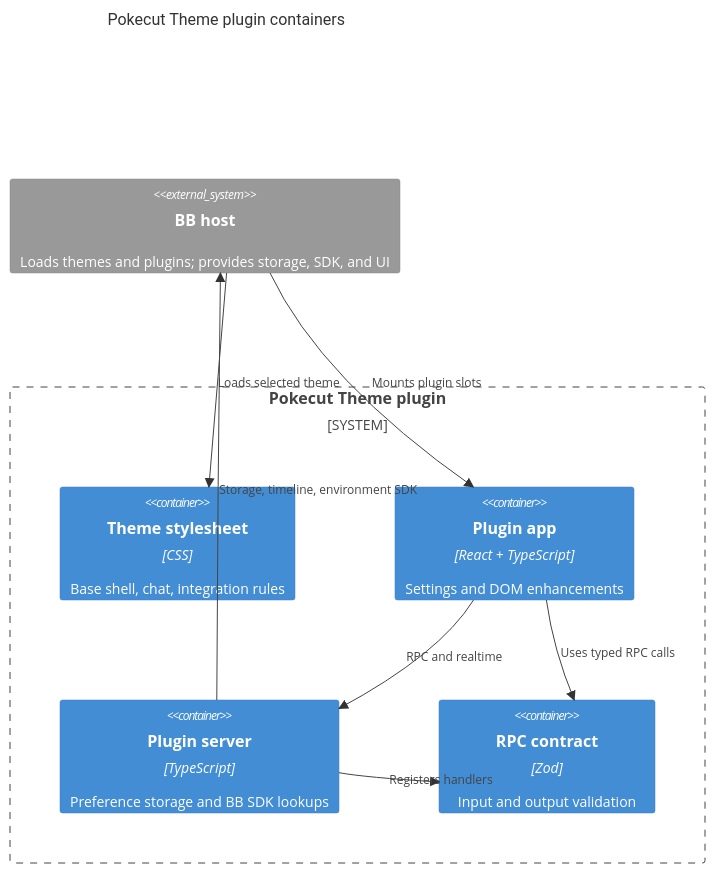
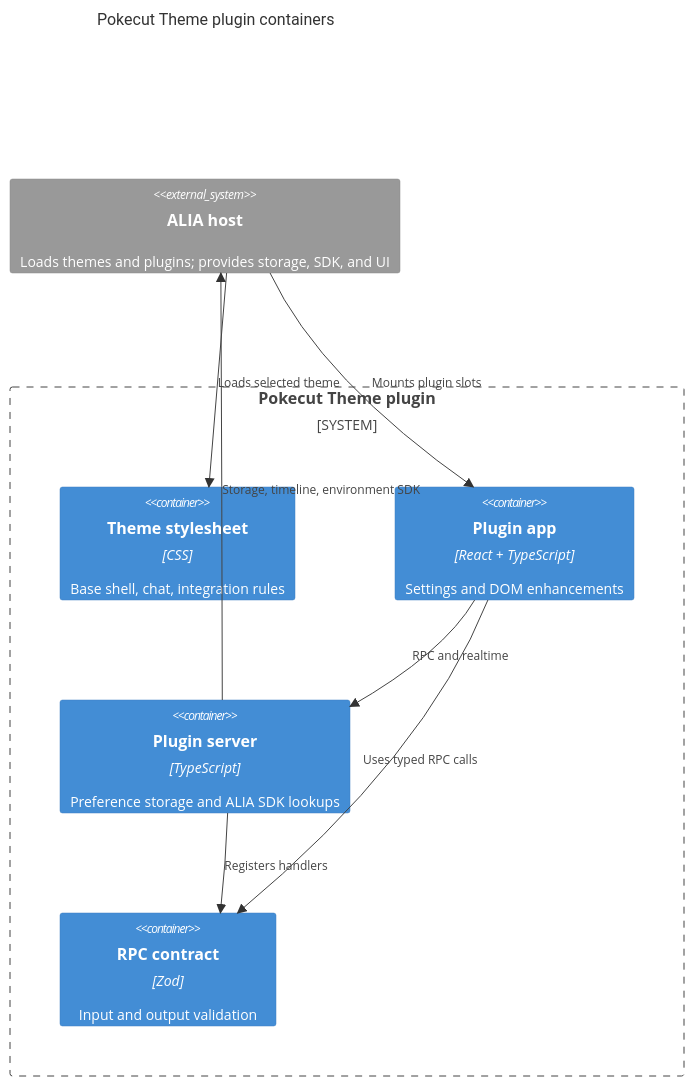
One commit to Vesnalia/vesnalia-plugins changed the diagram in plugins/pokecut-theme/docs/architecture.md. Above: the diagram before and after it, drawn with Mermaid. The commit also changed other lines of this file and 13306 other files, not shown here.

````diff
--- a/plugins/pokecut-theme/docs/architecture.md
+++ b/plugins/pokecut-theme/docs/architecture.md
@@ -35,17 +35,17 @@
 ```mermaid
 C4Container
     title Pokecut Theme plugin containers
     System_Boundary(plugin, "Pokecut Theme plugin") {
         Container(theme, "Theme stylesheet", "CSS", "Base shell, chat, integration rules")
         Container(app, "Plugin app", "React + TypeScript", "Settings and DOM enhancements")
-        Container(server, "Plugin server", "TypeScript", "Preference storage and BB SDK lookups")
+        Container(server, "Plugin server", "TypeScript", "Preference storage and ALIA SDK lookups")
         Container(contract, "RPC contract", "Zod", "Input and output validation")
     }
-    System_Ext(bb, "BB host", "Loads themes and plugins; provides storage, SDK, and UI")
-    Rel(bb, theme, "Loads selected theme")
-    Rel(bb, app, "Mounts plugin slots")
+    System_Ext(alia, "ALIA host", "Loads themes and plugins; provides storage, SDK, and UI")
+    Rel(alia, theme, "Loads selected theme")
+    Rel(alia, app, "Mounts plugin slots")
     Rel(app, contract, "Uses typed RPC calls")
     Rel(server, contract, "Registers handlers")
     Rel(app, server, "RPC and realtime")
-    Rel(server, bb, "Storage, timeline, environment SDK")
+    Rel(server, alia, "Storage, timeline, environment SDK")
 ```
````
